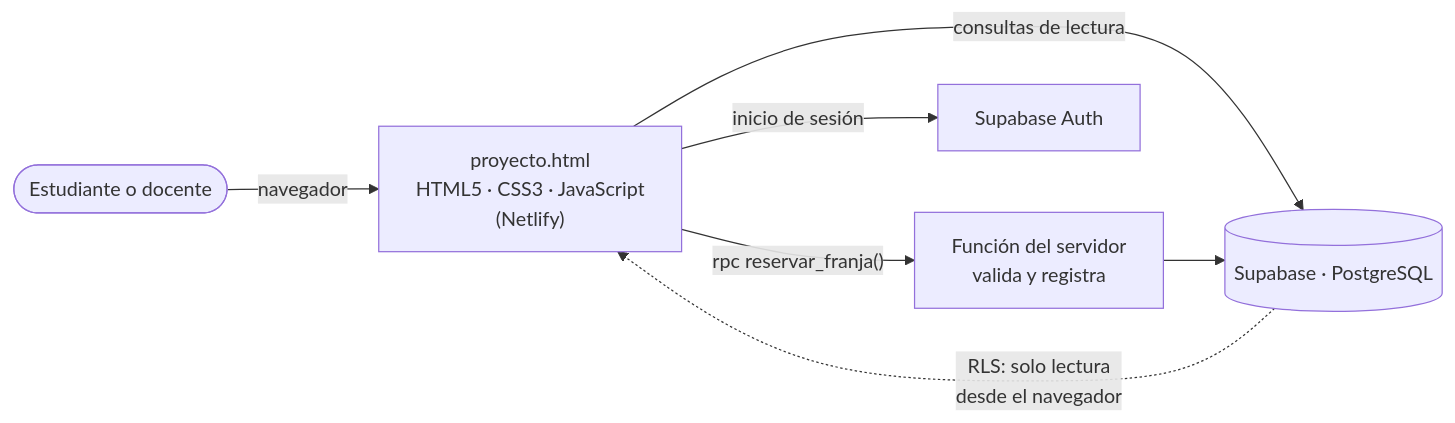
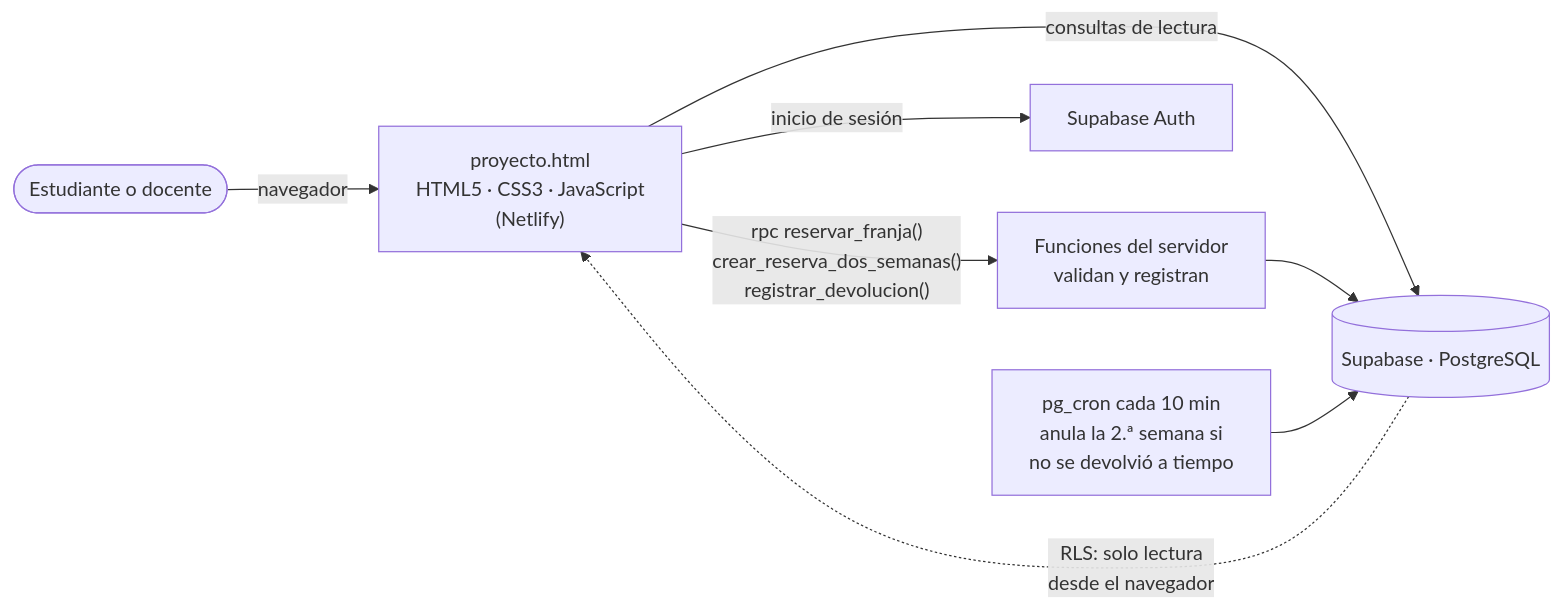
Before and after one commit to crisheap/gestion-equipos-laboratorio: the diagram in README.md, drawn with Mermaid. The commit also changed other lines of this file and 5 other files, not shown here.

````diff
--- a/README.md
+++ b/README.md
@@ -64,9 +67,10 @@
 ```mermaid
 flowchart LR
     U([Estudiante o docente]) -->|navegador| W["proyecto.html<br/>HTML5 · CSS3 · JavaScript<br/>(Netlify)"]
     W -->|consultas de lectura| R[(Supabase · PostgreSQL)]
-    W -->|"rpc reservar_franja()"| F["Función del servidor<br/>valida y registra"]
+    W -->|"rpc reservar_franja()<br/>crear_reserva_dos_semanas()<br/>registrar_devolucion()"| F["Funciones del servidor<br/>validan y registran"]
     F --> R
     W -->|inicio de sesión| A[Supabase Auth]
     R -.->|"RLS: solo lectura<br/>desde el navegador"| W
+    C["pg_cron cada 10 min<br/>anula la 2.ª semana si<br/>no se devolvió a tiempo"] --> R
 ```
````
